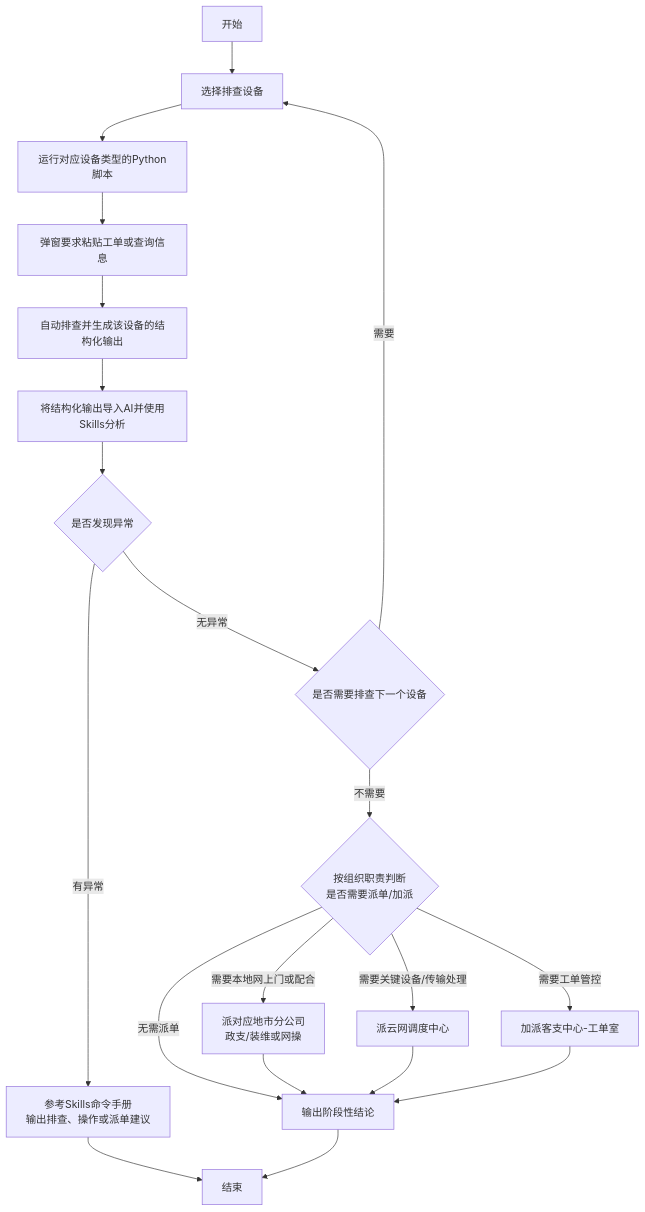
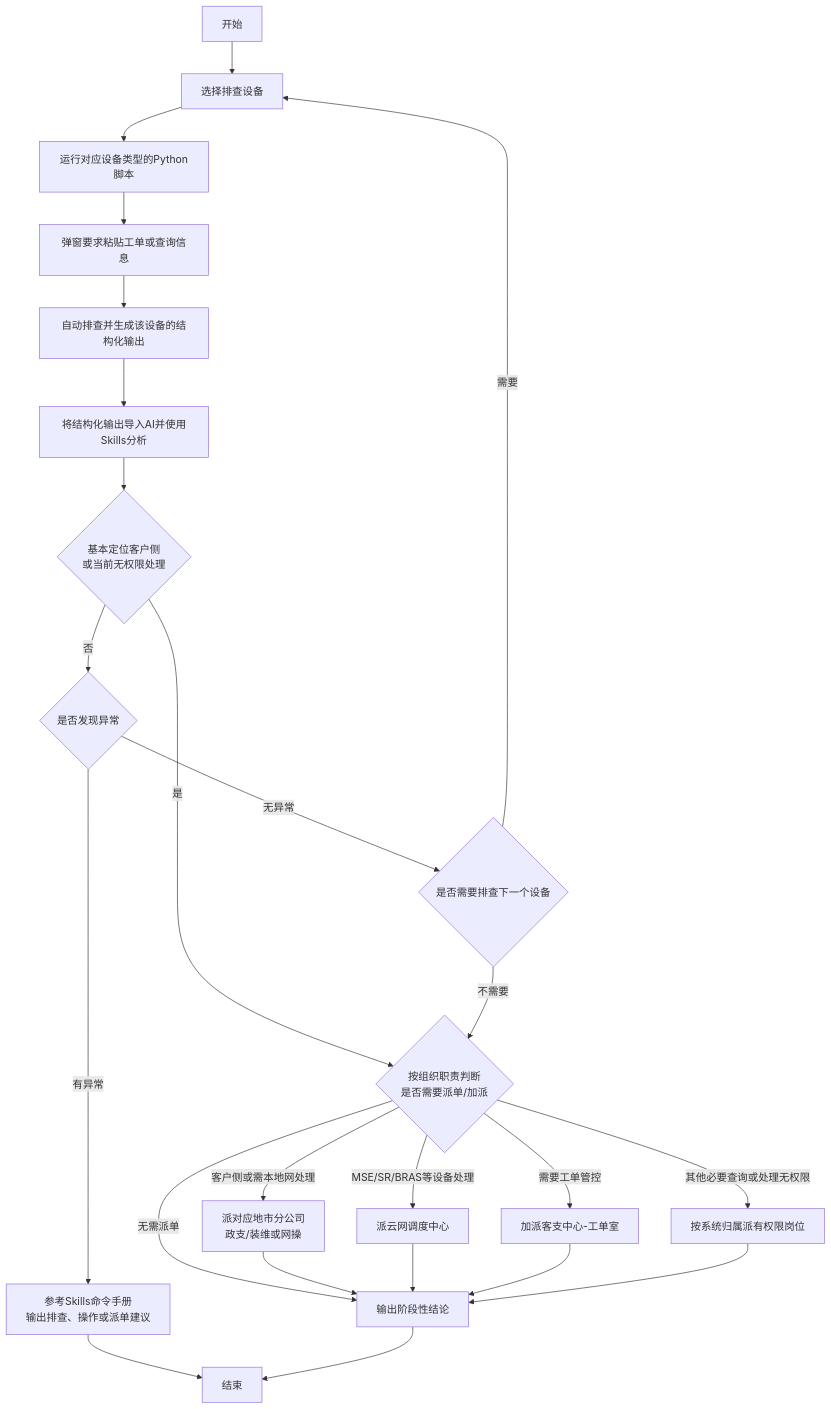
Before and after one commit to tanqizhi/my_skill: the diagram in skills/internet-dedicated-line-fault-handling/references/总纲处理流程.md, drawn with Mermaid. The commit also changed other lines of this file and 8 other files, not shown here.

````diff
--- a/skills/internet-dedicated-line-fault-handling/references/总纲处理流程.md
+++ b/skills/internet-dedicated-line-fault-handling/references/总纲处理流程.md
@@ -13,24 +13,28 @@
 ```mermaid
 flowchart TB
     Start[开始] --> A[选择排查设备]
     A --> Script[运行对应设备类型的Python脚本]
     Script --> Input[弹窗要求粘贴工单或查询信息]
     Input --> Check[自动排查并生成该设备的结构化输出]
     Check --> AI[将结构化输出导入AI并使用Skills分析]
-    AI --> B{是否发现异常}
+    AI --> Stop{基本定位客户侧<br/>或当前无权限处理}
+    Stop -->|是| Dispatch
+    Stop -->|否| B{是否发现异常}
 
     B -->|有异常| Advice[参考Skills命令手册<br/>输出排查、操作或派单建议]
     Advice --> End[结束]
 
     B -->|无异常| C{是否需要排查下一个设备}
     C -->|需要| A
     C -->|不需要| Dispatch{按组织职责判断<br/>是否需要派单/加派}
-    Dispatch -->|需要本地网上门或配合| Local[派对应地市分公司<br/>政支/装维或网操]
-    Dispatch -->|需要关键设备/传输处理| Cloud[派云网调度中心]
+    Dispatch -->|客户侧或需本地网处理| Local[派对应地市分公司<br/>政支/装维或网操]
+    Dispatch -->|MSE/SR/BRAS等设备处理| Cloud[派云网调度中心]
+    Dispatch -->|其他必要查询或处理无权限| Owner[按系统归属派有权限岗位]
     Dispatch -->|需要工单管控| Workroom[加派客支中心-工单室]
     Dispatch -->|无需派单| Summary[输出阶段性结论]
     Local --> Summary
     Cloud --> Summary
     Workroom --> Summary
+    Owner --> Summary
     Summary --> End
 ```
````
